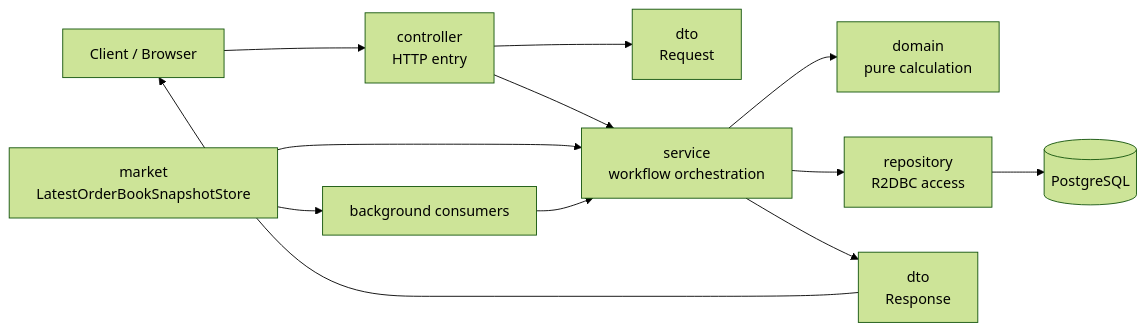
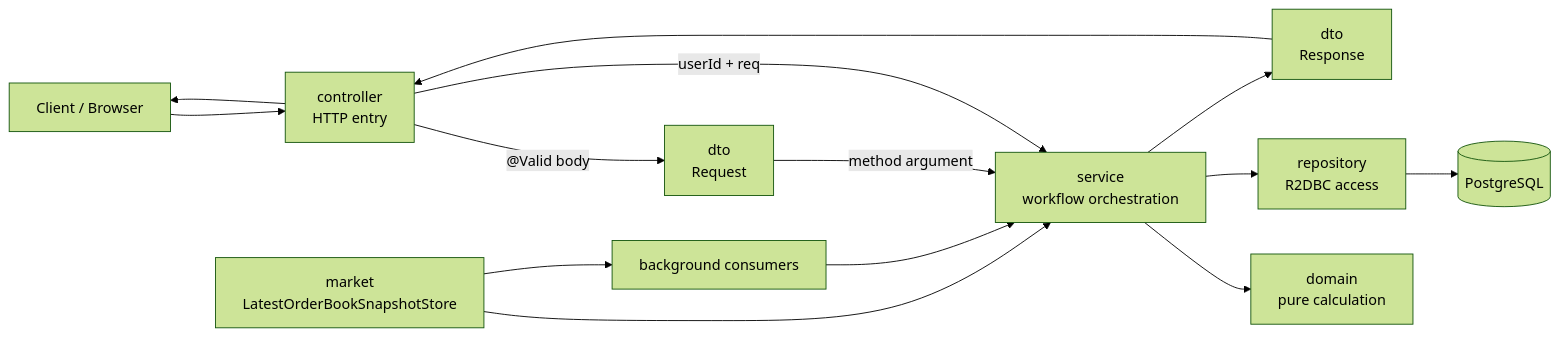
One commit to lee-gimoon/futures-paper-trading changed the first of 6 diagrams in docs/backend/paper-request-flow.md. Above: the diagram before and after it, drawn with Mermaid (forest theme). The commit also changed other lines of this file, not shown here.

Commit message:
docs: clarify paper request dto flow

````diff
--- a/docs/backend/paper-request-flow.md
+++ b/docs/backend/paper-request-flow.md
@@ -11,15 +11,17 @@
 ```mermaid
 flowchart LR
     Client["Client / Browser"] --> Controller["controller<br/>HTTP entry"]
-    Controller --> RequestDto["dto<br/>Request"]
-    Controller --> Service["service<br/>workflow orchestration"]
+    Controller -->|"@Valid body"| RequestDto["dto<br/>Request"]
+    Controller -->|"userId + req"| Service["service<br/>workflow orchestration"]
+    RequestDto -->|"method argument"| Service
     Service --> Domain["domain<br/>pure calculation"]
     Service --> Repository["repository<br/>R2DBC access"]
     Repository --> DB[("PostgreSQL")]
     Service --> ResponseDto["dto<br/>Response"]
-    ResponseDto --> Client
+    ResponseDto --> Controller
+    Controller --> Client
 
     Market["market<br/>LatestOrderBookSnapshotStore"] --> Service
     Market --> Background["background consumers"]
     Background --> Service
 ```
````
